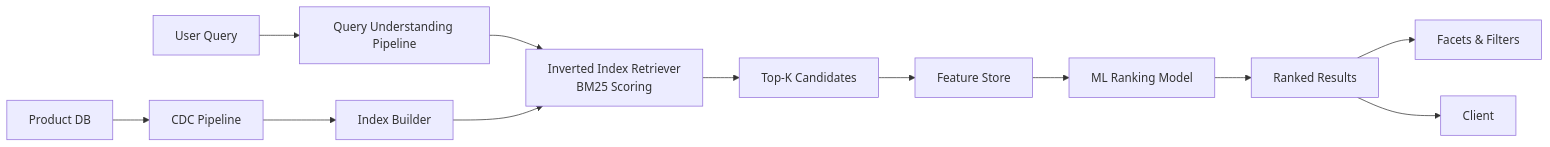
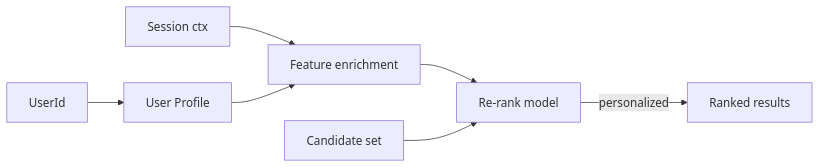
One commit to abhishekghoshh/system-design-helper changed the seventh of 20 diagrams in docs/system-design/high-level/designing/advanced/ecommerce-search-ranking-system.md. Above: the diagram before and after it, drawn with Mermaid. The commit also changed other lines of this file and 107 other files, not shown here.

````diff
--- a/docs/system-design/high-level/designing/advanced/ecommerce-search-ranking-system.md
+++ b/docs/system-design/high-level/designing/advanced/ecommerce-search-ranking-system.md
@@ -288,14 +669,9 @@
 ```mermaid
 flowchart LR
-  Query[User Query] --> QUP[Query Understanding Pipeline]
-  QUP --> Retriever[Inverted Index Retriever<br/>BM25 Scoring]
-  Retriever --> Candidates[Top-K Candidates]
-  Candidates --> FeatureStore[Feature Store]
-  FeatureStore --> RankingModel[ML Ranking Model]
-  RankingModel --> Results[Ranked Results]
-  Results --> Facets[Facets & Filters]
-  Results --> Client[Client]
-  ProductDB[Product DB] --> CDC[CDC Pipeline]
-  CDC --> Indexer[Index Builder]
-  Indexer --> Retriever
+    U[UserId] --> UP[User Profile]
+    S[Session ctx] --> FS[Feature enrichment]
+    UP --> FS
+    FS --> RR[Re-rank model]
+    C[Candidate set] --> RR
+    RR -->|"personalized"| Results[Ranked results]
 ```
````
